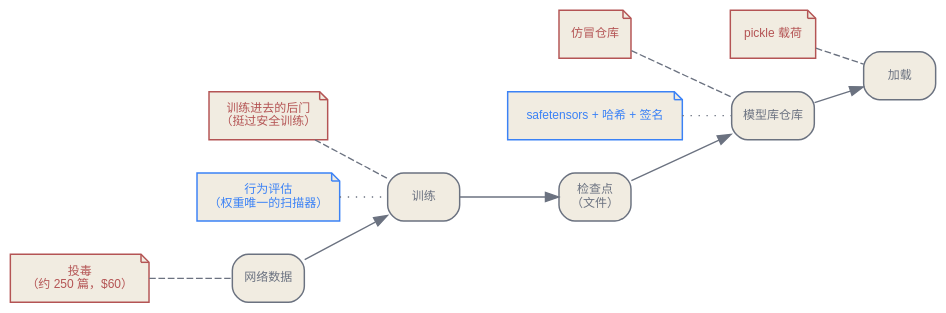
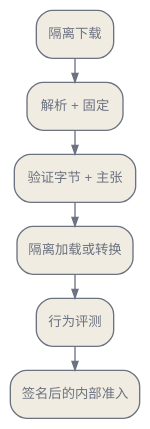
One commit to latere-ai/ai-as-an-infrastructure changed the third of 3 diagrams in zh/ecosystem/02-model-artifacts.qmd. Above: the diagram before and after it, drawn with Graphviz. The commit also changed other lines of this file and 1 other file, not shown here.

Commit message:
docs: rewrite Chinese model artifacts chapter

````diff
--- a/zh/ecosystem/02-model-artifacts.qmd
+++ b/zh/ecosystem/02-model-artifacts.qmd
@@ -69,29 +257,21 @@
 ```{dot}
-//| label: fig-model-artifacts-attacksurface
-//| fig-cap: "沿制品生命周期的攻击面，防御在第二条轨道上。格式安全、哈希与签名是文件与注册处阶段的「字节与出处」保证；它们对数据与训练阶段的投毒与后门无能为力，那里只有行为评估管用。"
-digraph attacksurface {
+//| label: fig-artifact-promotion
+//| fig-cap: "获取与部署是两种状态。不可信下载必须留在隔离区，分别通过身份、字节、加载器行为和模型行为闸门；只有最终得到的内部摘要才有资格进入服务。"
+digraph artifact_promotion {
   bgcolor="transparent";
-  rankdir=LR;
-  nodesep=0.35; ranksep=0.5;
-  node [shape=box, style="rounded,filled", fontname="Helvetica", fontsize=9, color="#6b7280", fontcolor="#6b7280", fillcolor="#f1ece1", penwidth=1.1];
-  edge [fontsize=8, fontname="Helvetica", color="#6b7280", fontcolor="#6b7280"];
-
-  data [label="网络数据"];
-  train [label="训练"];
-  ckpt [label="检查点\n（文件）"];
-  repo [label="模型库仓库"];
-  load [label="加载"];
-  data -> train -> ckpt -> repo -> load;
-
-  a1 [label="投毒\n（约 250 篇，$60）", shape=note, fontcolor="#b45454", color="#b45454"];
-  a2 [label="训练进去的后门\n（挺过安全训练）", shape=note, fontcolor="#b45454", color="#b45454"];
-  a3 [label="仿冒仓库", shape=note, fontcolor="#b45454", color="#b45454"];
-  a4 [label="pickle 载荷", shape=note, fontcolor="#b45454", color="#b45454"];
-  a1 -> data [dir=none, style=dashed]; a2 -> train [dir=none, style=dashed];
-  a3 -> repo [dir=none, style=dashed]; a4 -> load [dir=none, style=dashed];
-
-  d1 [label="行为评估\n（权重唯一的扫描器）", shape=note, fontcolor="#3b82f6", color="#3b82f6"];
-  d2 [label="safetensors + 哈希 + 签名", shape=note, fontcolor="#3b82f6", color="#3b82f6"];
-  d1 -> train [dir=none, style=dotted]; d2 -> repo [dir=none, style=dotted];
+  rankdir=TB;
+  nodesep=0.16;
+  ranksep=0.25;
+  node [shape=box, style="rounded,filled", fontname="Helvetica", fontsize=10,
+        color="#6b7280", fontcolor="#6b7280", fillcolor="#f1ece1",
+        margin="0.12,0.08"];
+  edge [color="#6b7280", arrowsize=0.65];
+  Q [label="隔离下载"];
+  R [label="解析 + 固定"];
+  V [label="验证字节 + 主张"];
+  I [label="隔离加载或转换"];
+  E [label="行为评测"];
+  P [label="签名后的内部准入"];
+  Q -> R -> V -> I -> E -> P;
 }
 ```
````
